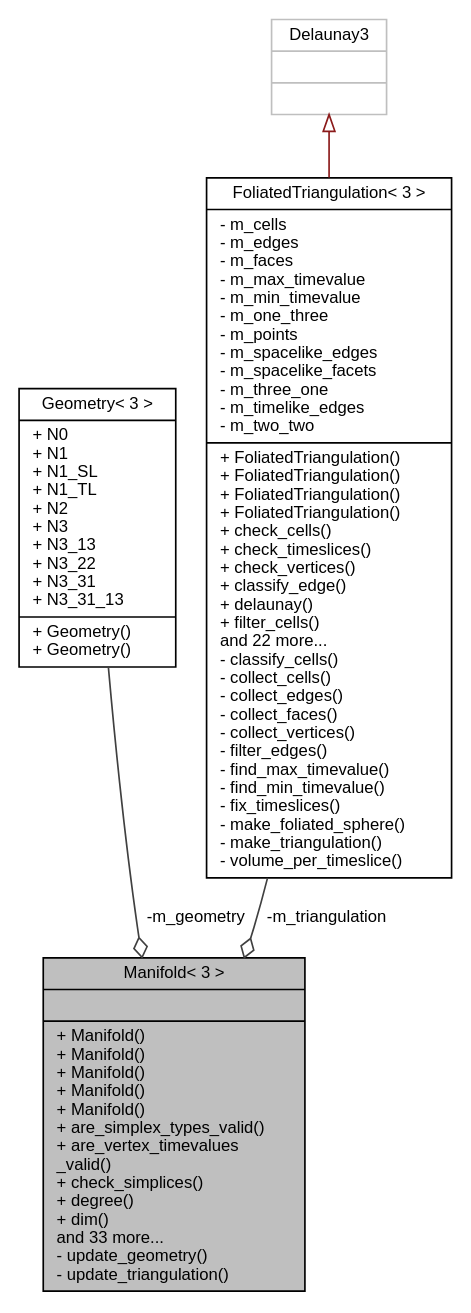
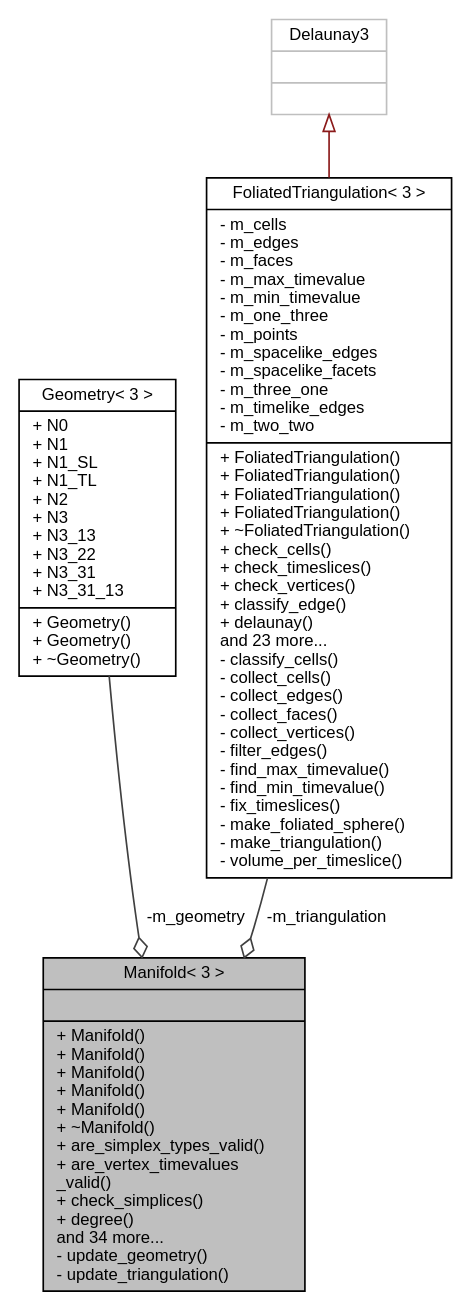
The diagram in class_manifold_3_013_01_4__coll__graph.dot (acgetchell/CDT-plusplus), drawn with Graphviz before and after one commit. The commit also changed 250 other files, not shown here.

```diff
--- a/class_manifold_3_013_01_4__coll__graph.dot
+++ b/class_manifold_3_013_01_4__coll__graph.dot
@@ -1,13 +1,13 @@
 digraph "Manifold&lt; 3 &gt;"
 {
  // LATEX_PDF_SIZE
   edge [fontname="Helvetica",fontsize="10",labelfontname="Helvetica",labelfontsize="10"];
   node [fontname="Helvetica",fontsize="10",shape=record];
-  Node1 [label="{Manifold\< 3 \>\n||+ Manifold()\l+ Manifold()\l+ Manifold()\l+ Manifold()\l+ Manifold()\l+ are_simplex_types_valid()\l+ are_vertex_timevalues\l_valid()\l+ check_simplices()\l+ degree()\l+ dim()\land 33 more...\l- update_geometry()\l- update_triangulation()\l}",height=0.2,width=0.4,color="black", fillcolor="grey75", style="filled", fontcolor="black",tooltip="3D Manifold"];
+  Node1 [label="{Manifold\< 3 \>\n||+ Manifold()\l+ Manifold()\l+ Manifold()\l+ Manifold()\l+ Manifold()\l+ ~Manifold()\l+ are_simplex_types_valid()\l+ are_vertex_timevalues\l_valid()\l+ check_simplices()\l+ degree()\land 34 more...\l- update_geometry()\l- update_triangulation()\l}",height=0.2,width=0.4,color="black", fillcolor="grey75", style="filled", fontcolor="black",tooltip="3D Manifold"];
   Node2 -> Node1 [color="grey25",fontsize="10",style="solid",label=" -m_geometry" ,arrowhead="odiamond",fontname="Helvetica"];
-  Node2 [label="{Geometry\< 3 \>\n|+ N0\l+ N1\l+ N1_SL\l+ N1_TL\l+ N2\l+ N3\l+ N3_13\l+ N3_22\l+ N3_31\l+ N3_31_13\l|+ Geometry()\l+ Geometry()\l}",height=0.2,width=0.4,color="black", fillcolor="white", style="filled",URL="$struct_geometry_3_013_01_4.html",tooltip="3D Geometry"];
+  Node2 [label="{Geometry\< 3 \>\n|+ N0\l+ N1\l+ N1_SL\l+ N1_TL\l+ N2\l+ N3\l+ N3_13\l+ N3_22\l+ N3_31\l+ N3_31_13\l|+ Geometry()\l+ Geometry()\l+ ~Geometry()\l}",height=0.2,width=0.4,color="black", fillcolor="white", style="filled",URL="$struct_geometry_3_013_01_4.html",tooltip="3D Geometry"];
   Node3 -> Node1 [color="grey25",fontsize="10",style="solid",label=" -m_triangulation" ,arrowhead="odiamond",fontname="Helvetica"];
-  Node3 [label="{FoliatedTriangulation\< 3 \>\n|- m_cells\l- m_edges\l- m_faces\l- m_max_timevalue\l- m_min_timevalue\l- m_one_three\l- m_points\l- m_spacelike_edges\l- m_spacelike_facets\l- m_three_one\l- m_timelike_edges\l- m_two_two\l|+ FoliatedTriangulation()\l+ FoliatedTriangulation()\l+ FoliatedTriangulation()\l+ FoliatedTriangulation()\l+ check_cells()\l+ check_timeslices()\l+ check_vertices()\l+ classify_edge()\l+ delaunay()\l+ filter_cells()\land 22 more...\l- classify_cells()\l- collect_cells()\l- collect_edges()\l- collect_faces()\l- collect_vertices()\l- filter_edges()\l- find_max_timevalue()\l- find_min_timevalue()\l- fix_timeslices()\l- make_foliated_sphere()\l- make_triangulation()\l- volume_per_timeslice()\l}",height=0.2,width=0.4,color="black", fillcolor="white", style="filled",URL="$class_foliated_triangulation_3_013_01_4.html",tooltip="3D Triangulation"];
+  Node3 [label="{FoliatedTriangulation\< 3 \>\n|- m_cells\l- m_edges\l- m_faces\l- m_max_timevalue\l- m_min_timevalue\l- m_one_three\l- m_points\l- m_spacelike_edges\l- m_spacelike_facets\l- m_three_one\l- m_timelike_edges\l- m_two_two\l|+ FoliatedTriangulation()\l+ FoliatedTriangulation()\l+ FoliatedTriangulation()\l+ FoliatedTriangulation()\l+ ~FoliatedTriangulation()\l+ check_cells()\l+ check_timeslices()\l+ check_vertices()\l+ classify_edge()\l+ delaunay()\land 23 more...\l- classify_cells()\l- collect_cells()\l- collect_edges()\l- collect_faces()\l- collect_vertices()\l- filter_edges()\l- find_max_timevalue()\l- find_min_timevalue()\l- fix_timeslices()\l- make_foliated_sphere()\l- make_triangulation()\l- volume_per_timeslice()\l}",height=0.2,width=0.4,color="black", fillcolor="white", style="filled",URL="$class_foliated_triangulation_3_013_01_4.html",tooltip="3D Triangulation"];
   Node4 -> Node3 [dir="back",color="firebrick4",fontsize="10",style="solid",arrowtail="onormal",fontname="Helvetica"];
   Node4 [label="{Delaunay3\n||}",height=0.2,width=0.4,color="grey75", fillcolor="white", style="filled",tooltip=" "];
 }
```
